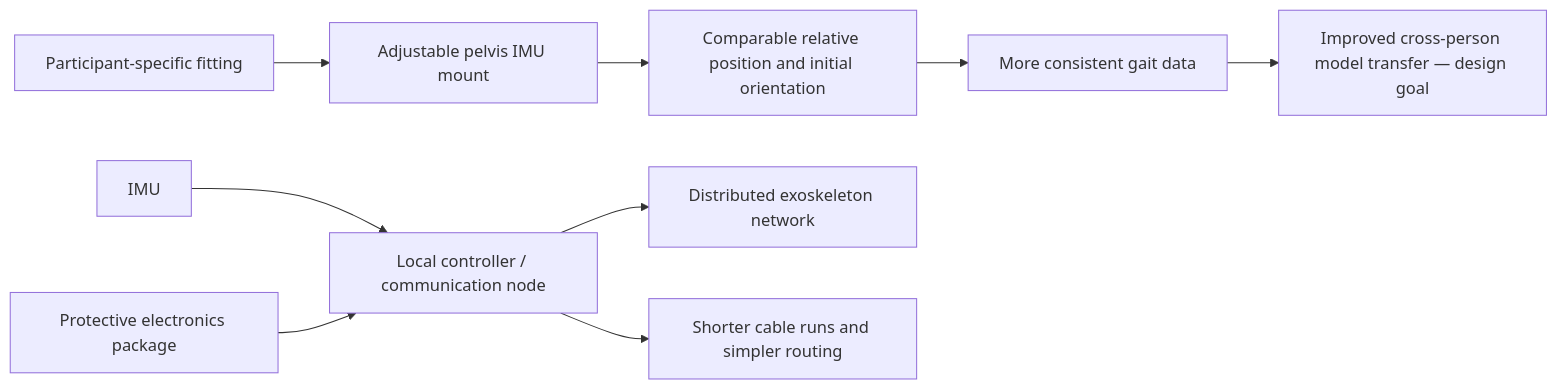
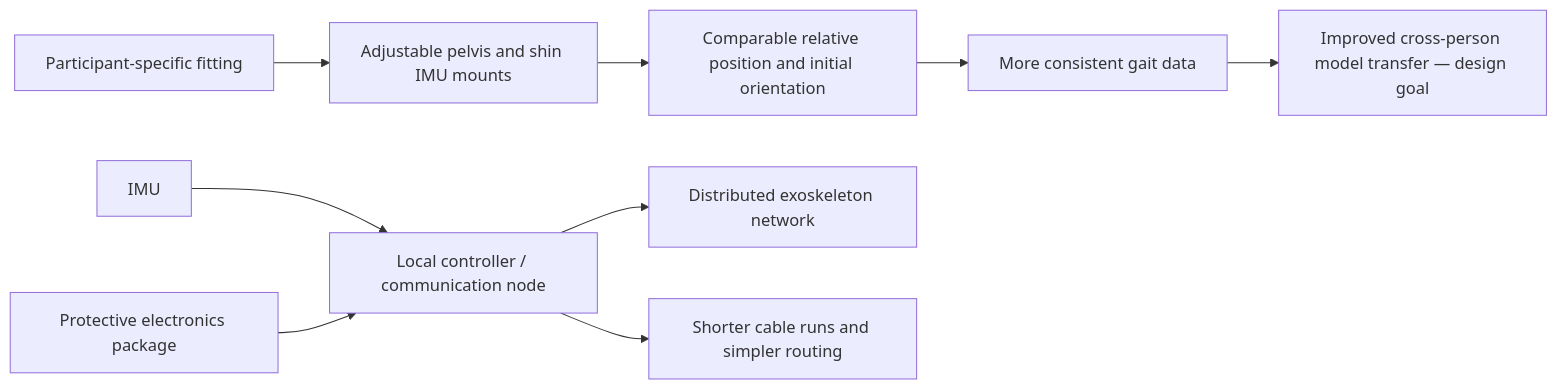
Before and after one commit to eikahn922/exoskeleton_SensorPlacementProject: the diagram in README.md, drawn with Mermaid. The commit also changed other lines of this file and 48 other files, not shown here.

Commit message:
Add adjustable shin IMU mounting project

```diff
--- a/README.md
+++ b/README.md
@@ -50,12 +50,12 @@
 ~~~mermaid
 flowchart LR
-    Fit["Participant-specific fitting"] --> Mount["Adjustable pelvis IMU mount"]
+    Fit["Participant-specific fitting"] --> Mount["Adjustable pelvis and shin IMU mounts"]
     Mount --> Alignment["Comparable relative position and initial orientation"]
     Alignment --> Data["More consistent gait data"]
     Data --> Transfer["Improved cross-person model transfer — design goal"]
 
     IMU["IMU"] --> Local["Local controller / communication node"]
     Local --> Network["Distributed exoskeleton network"]
     Local --> Wiring["Shorter cable runs and simpler routing"]
     Package["Protective electronics package"] --> Local
 ~~~
```
